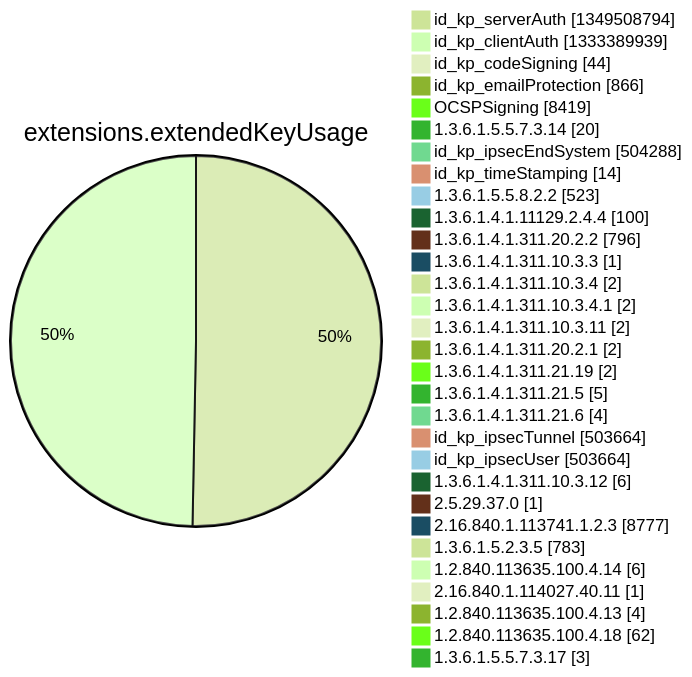
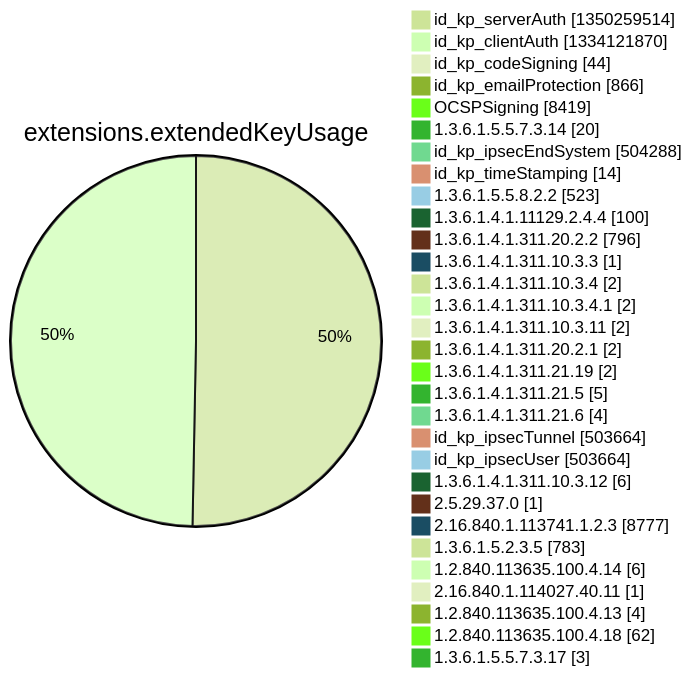
Diagram 12 of 15 in argon2022/README.md (christiankrug/ctmonitor_visualization), drawn with Mermaid (forest theme) before and after one commit. The commit also changed other lines of this file, not shown here.

````diff
--- a/argon2022/README.md
+++ b/argon2022/README.md
@@ -3553,34 +3553,34 @@
 ```mermaid
 pie showData
 title extensions.extendedKeyUsage
-"id_kp_serverAuth" :1349508794
-"id_kp_clientAuth" :1333389939
+"id_kp_serverAuth" :1350259514
+"id_kp_clientAuth" :1334121870
 "id_kp_codeSigning" :44
 "id_kp_emailProtection" :866
 "OCSPSigning" :8419
 "1.3.6.1.5.5.7.3.14" :20
 "id_kp_ipsecEndSystem" :504288
 "id_kp_timeStamping" :14
 "1.3.6.1.5.5.8.2.2" :523
 "1.3.6.1.4.1.11129.2.4.4" :100
 "1.3.6.1.4.1.311.20.2.2" :796
 "1.3.6.1.4.1.311.10.3.3" :1
 "1.3.6.1.4.1.311.10.3.4" :2
 "1.3.6.1.4.1.311.10.3.4.1" :2
 "1.3.6.1.4.1.311.10.3.11" :2
 "1.3.6.1.4.1.311.20.2.1" :2
 "1.3.6.1.4.1.311.21.19" :2
 "1.3.6.1.4.1.311.21.5" :5
 "1.3.6.1.4.1.311.21.6" :4
 "id_kp_ipsecTunnel" :503664
 "id_kp_ipsecUser" :503664
 "1.3.6.1.4.1.311.10.3.12" :6
 "2.5.29.37.0" :1
 "2.16.840.1.113741.1.2.3" :8777
 "1.3.6.1.5.2.3.5" :783
 "1.2.840.113635.100.4.14" :6
 "2.16.840.1.114027.40.11" :1
 "1.2.840.113635.100.4.13" :4
 "1.2.840.113635.100.4.18" :62
 "1.3.6.1.5.5.7.3.17" :3
 ```
````
